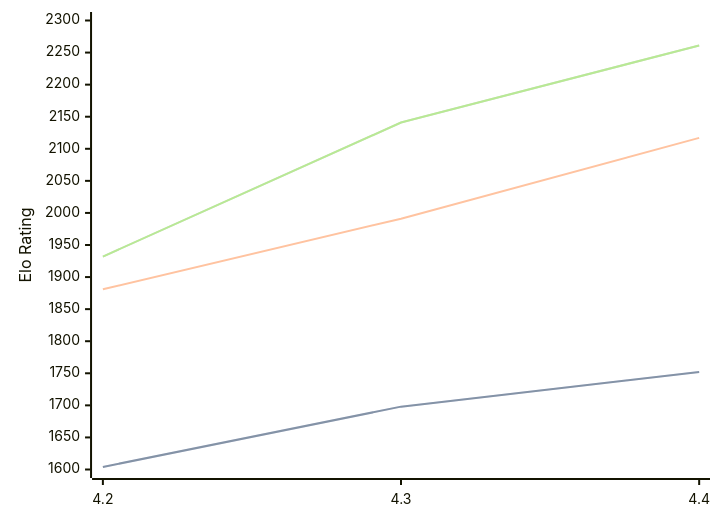
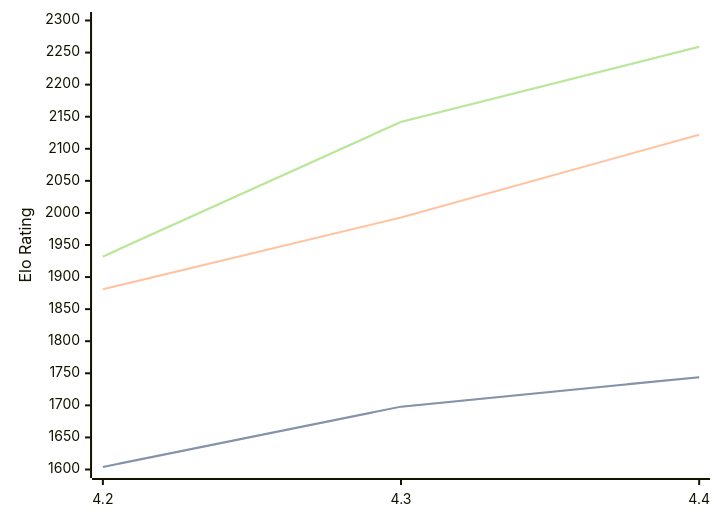
The diagram in engines/Radiance.md (computer-chess-index/cci), drawn with Mermaid before and after one commit. The commit also changed other lines of this file, not shown here.

Commit message:
Update CCI Ratings (ELO VLTC) - 2026-05-06

````diff
--- a/engines/Radiance.md
+++ b/engines/Radiance.md
@@ -36,11 +36,11 @@
 ```mermaid
 %%{init: {"theme":"base","themeVariables":{"seriesColors:['#a3a3a3','#222221','#faa371']}}}%%
 xychart-beta
   x-axis ["4.2", "4.3", "4.4"]
   y-axis "Elo Rating" 1600 --> 2300
-  line "STC (8.0+0.08s)" [1604, 1698, 1752]
-  line "STC (8.0+0.08s)" [1604, 1698, 1752]
-  line "LTC (60.0+0.60s)" [1881, 1991, 2117]
-  line "VLTC (2m24s+1.12s)" [1932, 2141, 2261]
-  line "VLTC (2m24s+1.12s)" [1932, 2141, 2261]
+  line "STC (8.0+0.08s)" [1604, 1698, 1744]
+  line "STC (8.0+0.08s)" [1604, 1698, 1744]
+  line "LTC (60.0+0.60s)" [1881, 1993, 2122]
+  line "VLTC (2m24s+1.12s)" [1932, 2142, 2259]
+  line "VLTC (2m24s+1.12s)" [1932, 2142, 2259]
 ```
````
